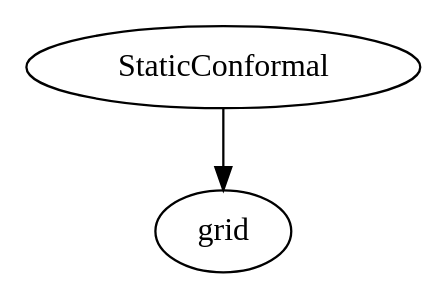
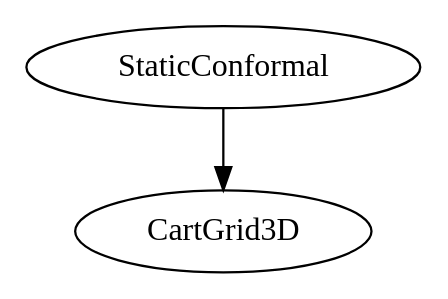
Before and after one commit to YuLiumt/Cactus: the second of 8 diagrams in note/Guide/InitialData.rst, drawn with Graphviz. The commit also changed other lines of this file and 91 other files, not shown here.

```diff
--- a/note/Guide/InitialData.rst
+++ b/note/Guide/InitialData.rst
@@ -77,3 +77,3 @@
 .. digraph:: foo
 
-    "StaticConformal" -> "grid";
+    "StaticConformal" -> "CartGrid3D";
```
